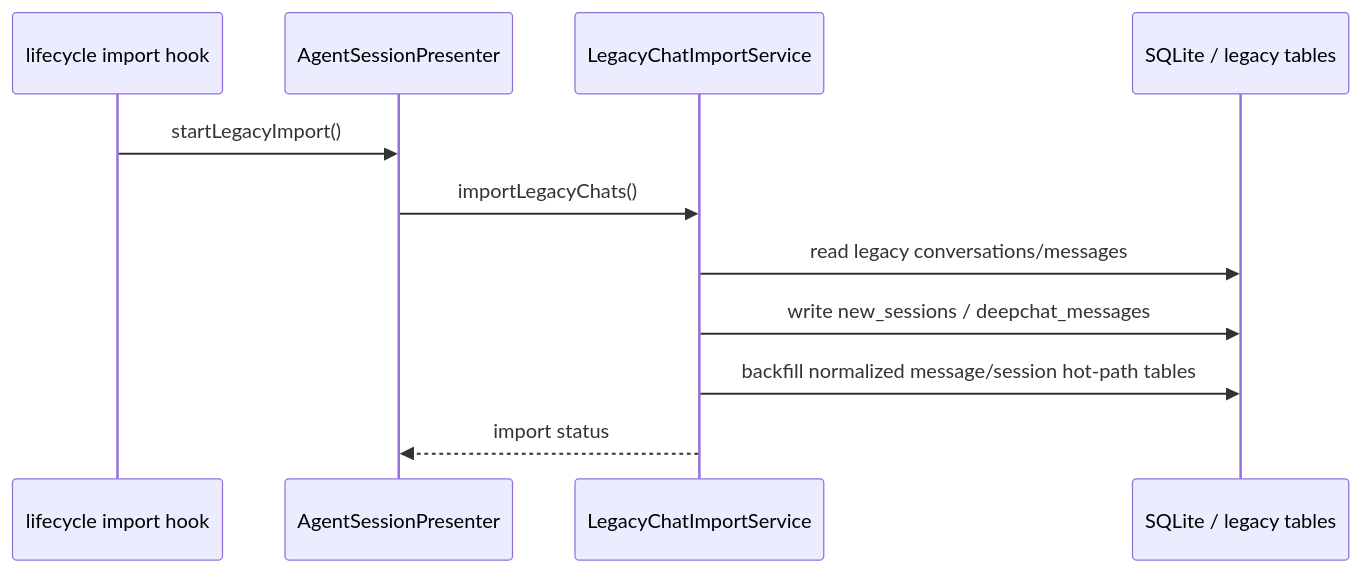
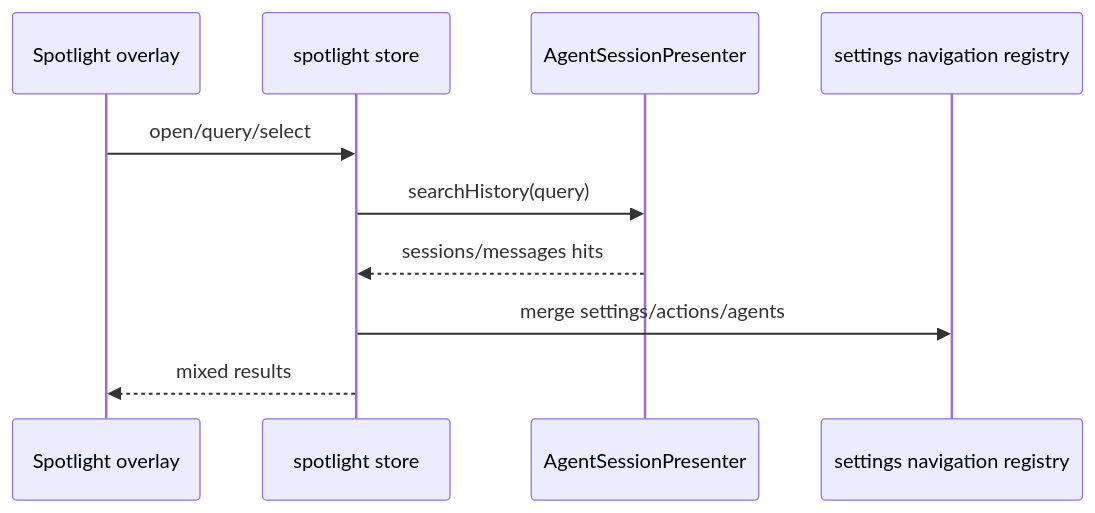
Before and after one commit to ThinkInAIXYZ/deepchat: the sixth of 9 diagrams in docs/FLOWS.md, drawn with Mermaid. The commit also changed other lines of this file and 426 other files, not shown here.

````diff
--- a/docs/FLOWS.md
+++ b/docs/FLOWS.md
@@ -118,14 +145,13 @@
 ```mermaid
 sequenceDiagram
-    participant Hook as lifecycle import hook
-    participant N as AgentSessionPresenter
-    participant I as LegacyChatImportService
-    participant DB as SQLite / legacy tables
+    participant UI as Spotlight overlay
+    participant Store as spotlight store
+    participant Session as AgentSessionPresenter
+    participant Settings as settings navigation registry
 
-    Hook->>N: startLegacyImport()
-    N->>I: importLegacyChats()
-    I->>DB: read legacy conversations/messages
-    I->>DB: write new_sessions / deepchat_messages
-    I->>DB: backfill normalized message/session hot-path tables
-    I-->>N: import status
+    UI->>Store: open/query/select
+    Store->>Session: searchHistory(query)
+    Session-->>Store: sessions/messages hits
+    Store->>Settings: merge settings/actions/agents
+    Store-->>UI: mixed results
 ```
````
